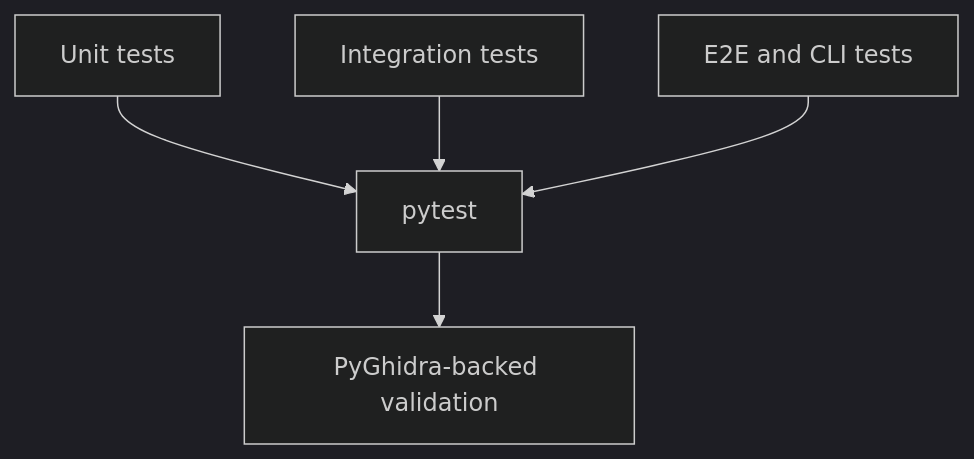
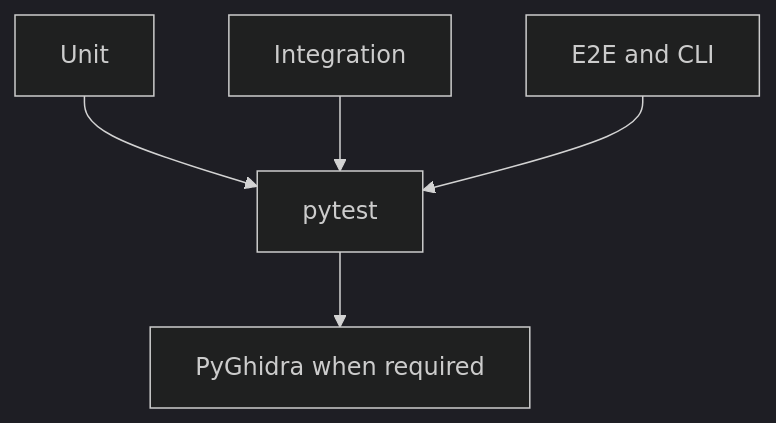
One commit to bolabaden/AgentDecompile changed the diagram in tests/README.md. Above: the diagram before and after it, drawn with Mermaid (dark theme). The commit also changed other lines of this file and 518 other files, not shown here.

````diff
--- a/tests/README.md
+++ b/tests/README.md
@@ -3,7 +5,7 @@
 ```mermaid
 flowchart TD
-    A[Unit tests] --> D[pytest]
-    B[Integration tests] --> D
-    C[E2E and CLI tests] --> D
-    D --> E[PyGhidra-backed validation]
+    A[Unit] --> D[pytest]
+    B[Integration] --> D
+    C[E2E and CLI] --> D
+    D --> E[PyGhidra when required]
 ```
````
